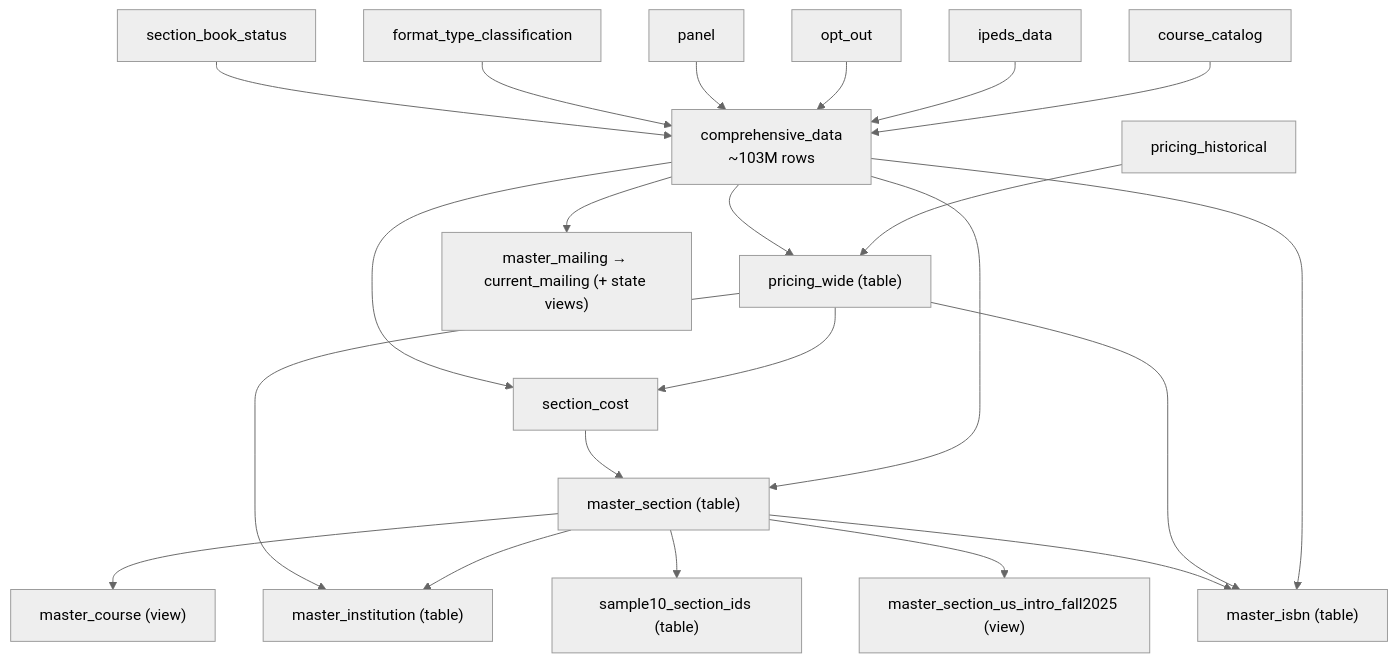
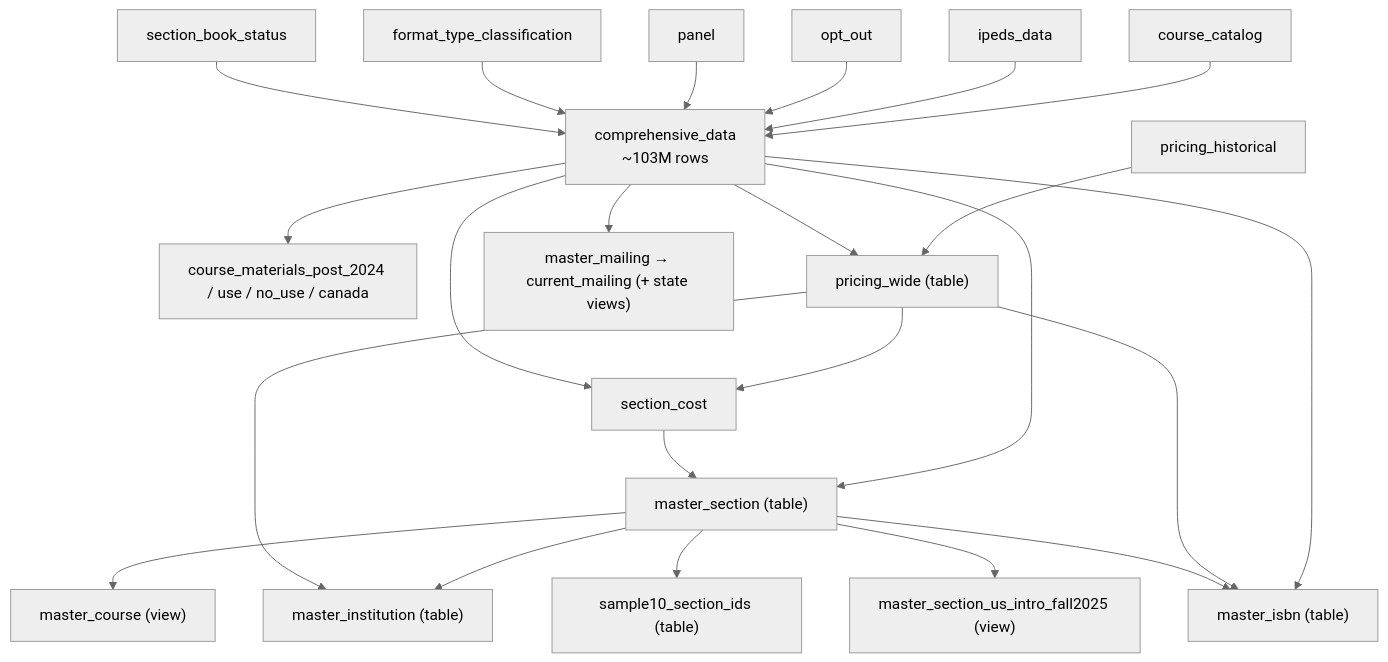
One commit to christopherseaman/commodoreSQL changed the diagram in SCHEMA.md. Above: the diagram before and after it, drawn with Mermaid (neutral theme). The commit also changed other lines of this file and 21 other files, not shown here.

````diff
--- a/SCHEMA.md
+++ b/SCHEMA.md
@@ -89,24 +92,25 @@
 ```mermaid
 flowchart TD
     catalog["course_catalog"] --> cd["comprehensive_data<br/>~103M rows"]
     ipeds["ipeds_data"] --> cd
     optout["opt_out"] --> cd
     panel["panel"] --> cd
     ftc["format_type_classification"] --> cd
     sbs["section_book_status"] --> cd
+    cd --> pop["course_materials_post_2024 / use / no_use / canada"]
     pricing["pricing_historical"] --> pw["pricing_wide (table)"]
     cd --> pw
     cd --> ms["master_section (table)"]
     pw --> sc["section_cost"]
     cd --> sc
     sc --> ms
     ms --> mc["master_course (view)"]
     ms --> mi["master_institution (table)"]
     cd --> misbn["master_isbn (table)"]
     pw --> mi
     pw --> misbn
     ms --> misbn
     ms --> sample10["sample10_section_ids (table)"]
     ms --> usv["master_section_us_intro_fall2025 (view)"]
     cd --> mm["master_mailing → current_mailing (+ state views)"]
 ```
````
